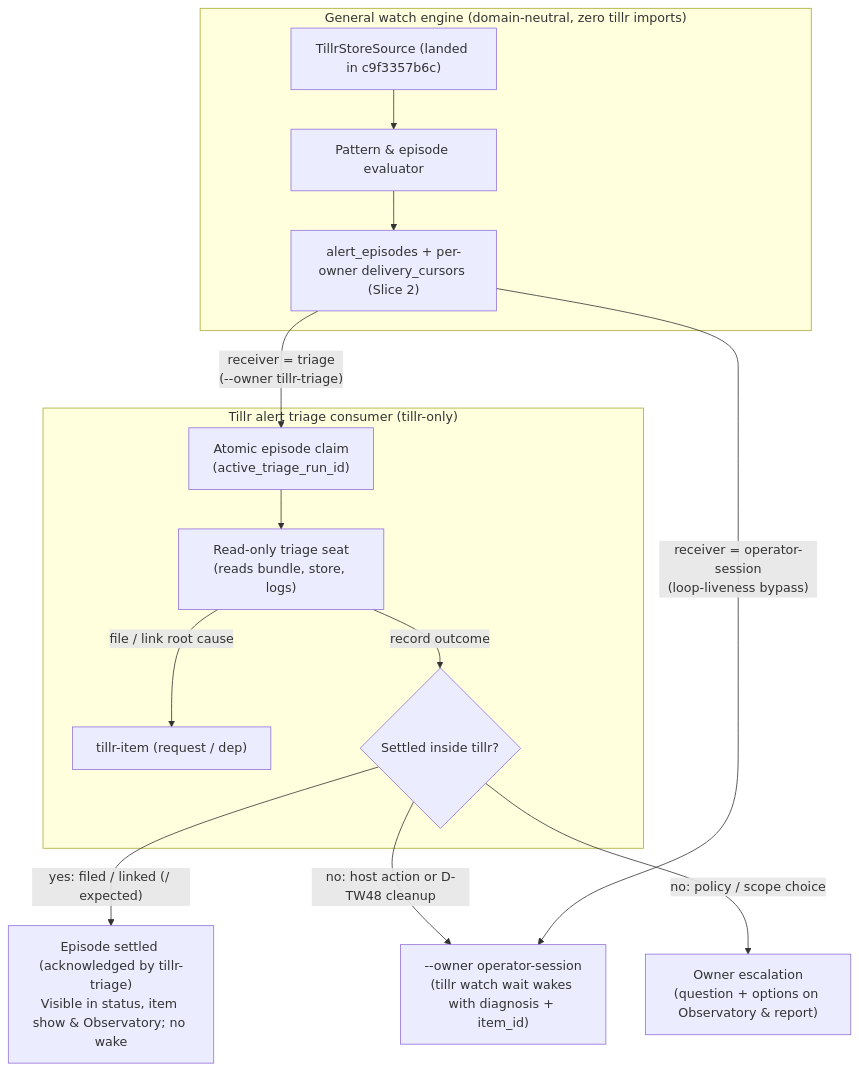
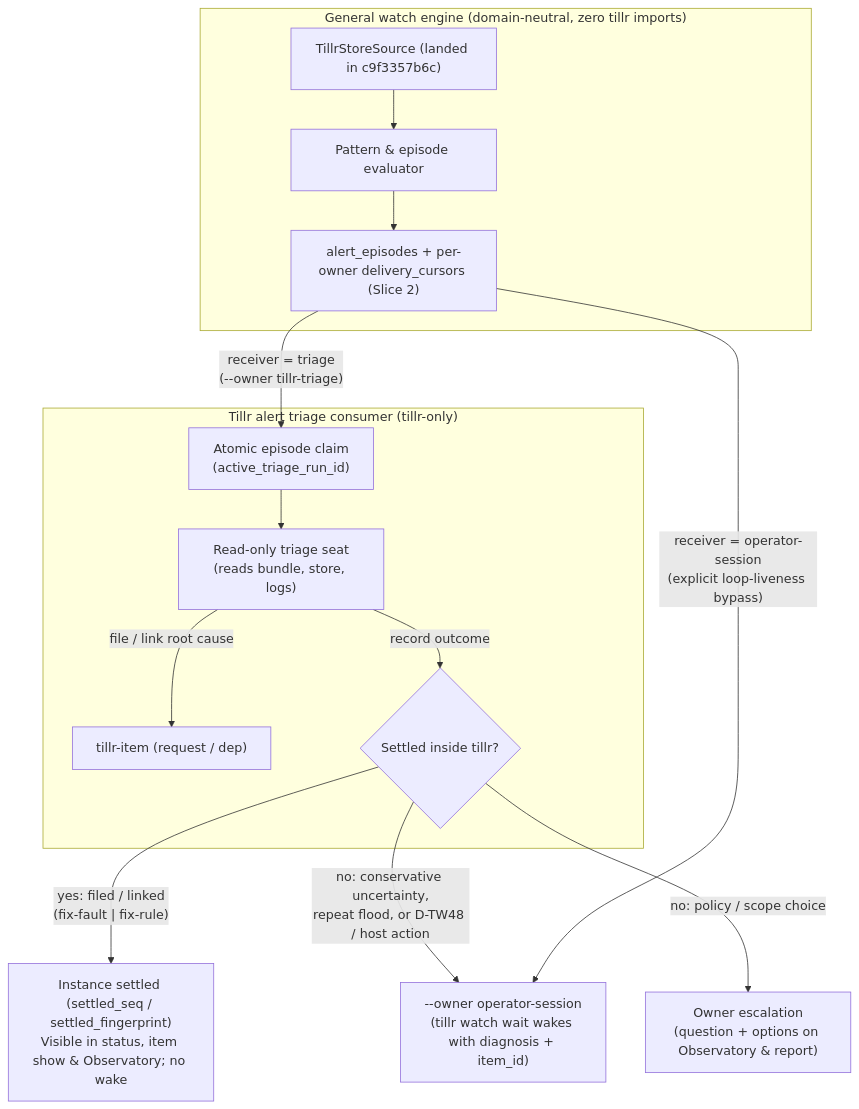
The diagram in docs/design/tillr-alert-triage-seat.md (mschulkind-oss/tillr), drawn with Mermaid before and after one commit. The commit also changed other lines of this file and 2 other files, not shown here.

Commit message:
docs(tillr): record owner alert rulings, compact OQ-AW1..3 and OQ-AT1..3, and queue build slices

````diff
--- a/docs/design/tillr-alert-triage-seat.md
+++ b/docs/design/tillr-alert-triage-seat.md
@@ -75,19 +90,19 @@
 ```mermaid
 flowchart TB
     subgraph Engine["General watch engine (domain-neutral, zero tillr imports)"]
         Src["TillrStoreSource (landed in c9f3357b6c)"] --> Eval["Pattern & episode evaluator"]
         Eval --> Ep["alert_episodes + per-owner delivery_cursors (Slice 2)"]
     end
 
     subgraph TillrSide["Tillr alert triage consumer (tillr-only)"]
         Ep -->|"receiver = triage\n(--owner tillr-triage)"| Claim["Atomic episode claim\n(active_triage_run_id)"]
         Claim --> Seat["Read-only triage seat\n(reads bundle, store, logs)"]
         Seat -->|"file / link root cause"| Item["tillr-item (request / dep)"]
         Seat -->|"record outcome"| Settle{"Settled inside tillr?"}
     end
 
-    Settle -->|"yes: filed / linked (/ expected)"| Quiet["Episode settled (acknowledged by tillr-triage)\nVisible in status, item show & Observatory; no wake"]
-    Settle -->|"no: host action or D-TW48 cleanup"| Whale["--owner operator-session\n(tillr watch wait wakes with diagnosis + item_id)"]
+    Settle -->|"yes: filed / linked\n(fix-fault | fix-rule)"| Quiet["Instance settled (settled_seq / settled_fingerprint)\nVisible in status, item show & Observatory; no wake"]
+    Settle -->|"no: conservative uncertainty,\nrepeat flood, or D-TW48 / host action"| Whale["--owner operator-session\n(tillr watch wait wakes with diagnosis + item_id)"]
     Settle -->|"no: policy / scope choice"| Owner["Owner escalation\n(question + options on Observatory & report)"]
-    Ep -->|"receiver = operator-session\n(loop-liveness bypass)"| Whale
+    Ep -->|"receiver = operator-session\n(explicit loop-liveness bypass)"| Whale
 ```
````
